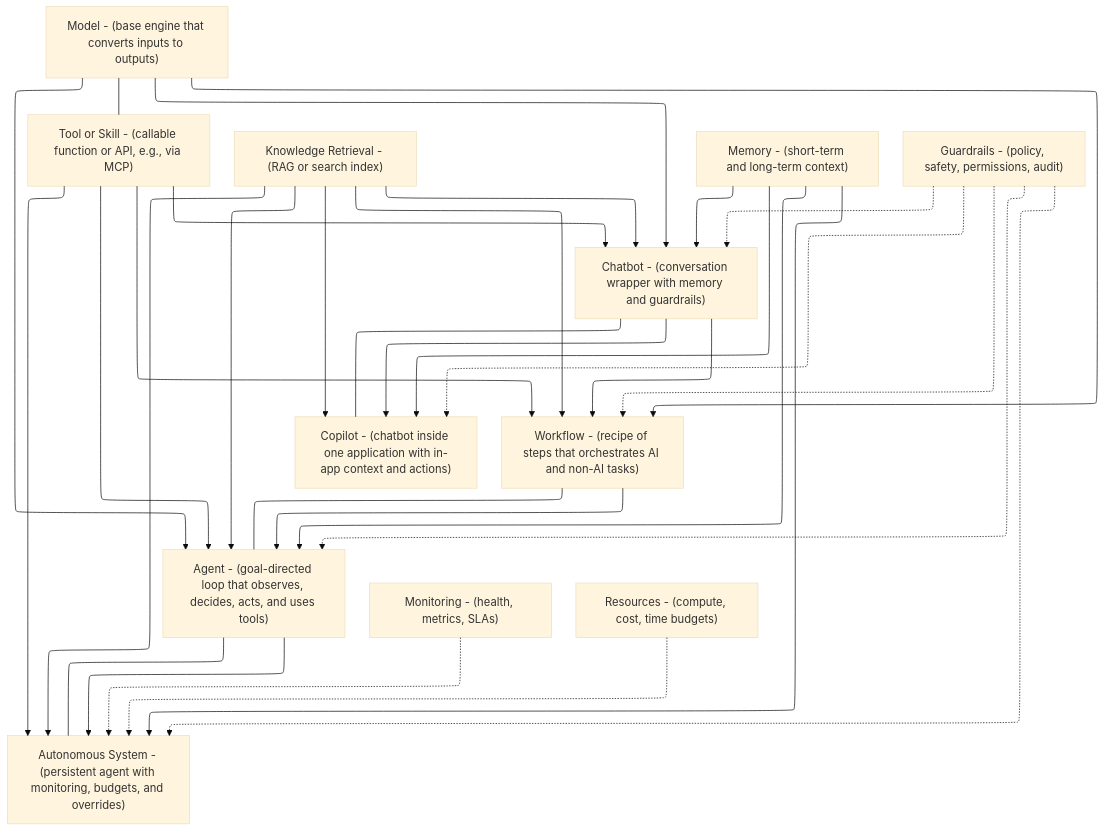
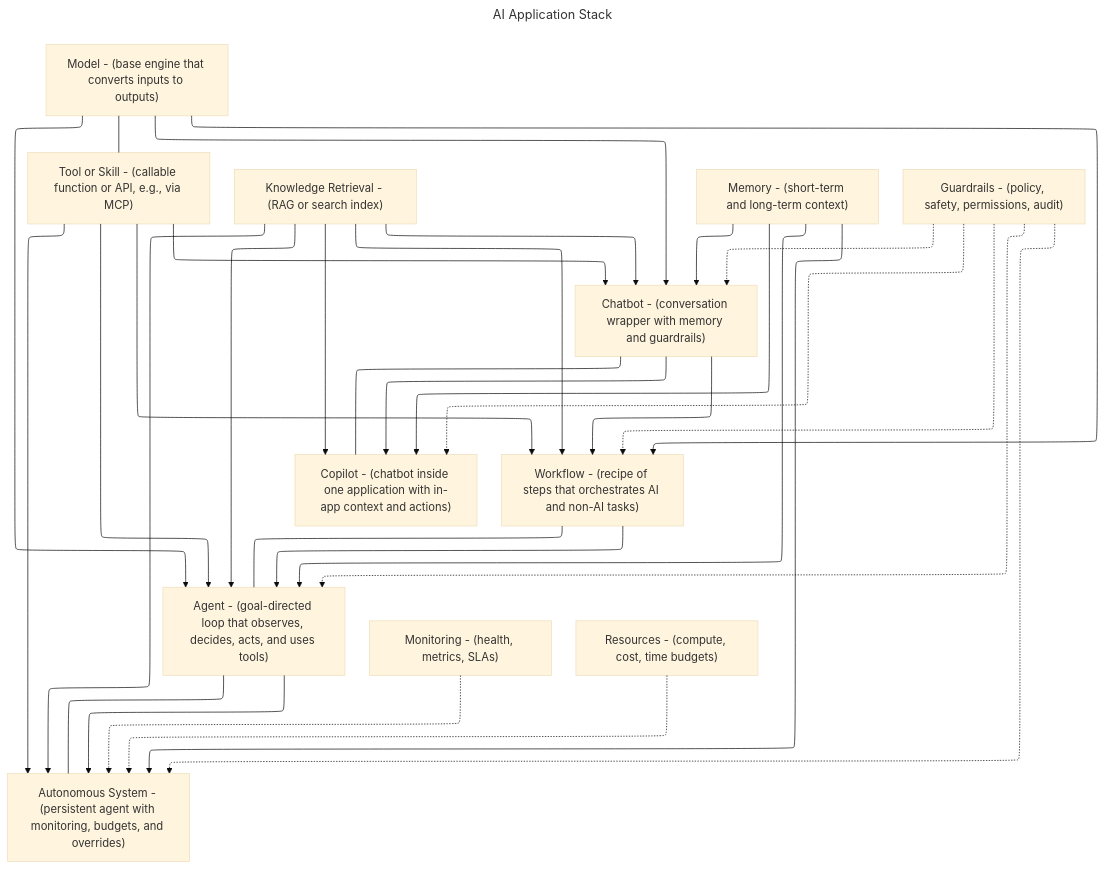
The ninth of 9 diagrams in _posts/AI/2025-09-11-Model-vs-Chatbot-vs-Workflow-vs-Agent.md (TedTschopp/tedt.org), drawn with Mermaid (base theme) before and after one commit.

Commit message:
add a title to a mermaid script

````diff
--- a/_posts/AI/2025-09-11-Model-vs-Chatbot-vs-Workflow-vs-Agent.md
+++ b/_posts/AI/2025-09-11-Model-vs-Chatbot-vs-Workflow-vs-Agent.md
@@ -288,69 +288,73 @@
 ```mermaid
+---
+title: AI Application Stack
+---
+
 %%{ init: { "flowchart": { "defaultRenderer": "elk" } } }%%
 
 graph TD
 
   %% ===== LAYERED STACK =====
   M["Model - (base engine that converts inputs to outputs)"]
 
   T["Tool or Skill - (callable function or API, e.g., via MCP)"]
 
   C["Chatbot - (conversation wrapper with memory and guardrails)"]
 
   CP["Copilot - (chatbot inside one application with in-app context and actions)"]
 
   W["Workflow - (recipe of steps that orchestrates AI and non-AI tasks)"]
 
   A["Agent - (goal-directed loop that observes, decides, acts, and uses tools)"]
 
   AS["Autonomous System - (persistent agent with monitoring, budgets, and overrides)"]
 
   %% ===== SUPPORTING CAPABILITIES (SHARED) =====
   R["Knowledge Retrieval - (RAG or search index)"]
   MEM["Memory - (short-term and long-term context)"]
   G["Guardrails - (policy, safety, permissions, audit)"]
   MON["Monitoring - (health, metrics, SLAs)"]
   RES["Resources - (compute, cost, time budgets)"]
 
   %% ===== STACK RELATIONSHIPS =====
   M --> C
   C --> CP
   C --> W
   M --> W
   M --> A
   W --> A
   A --> AS
 
   %% Tools plug into Chatbot / Workflow / Agent
   T --> C
   T --> W
   T --> A
   T --> AS
 
   %% Shared capabilities used by multiple layers
   R --> C
   R --> CP
   R --> W
   R --> A
   R --> AS
 
   MEM --> C
   MEM --> CP
   MEM --> A
   MEM --> AS
 
   G -.-> C
   G -.-> CP
   G -.-> W
   G -.-> A
   G -.-> AS
 
   MON -.-> AS
   RES -.-> AS
 
   %% ===== VISUAL LAYERING HINTS (no semantic meaning) =====
   M --- T
   C --- CP
   W --- A
   A --- AS
 ```
````
